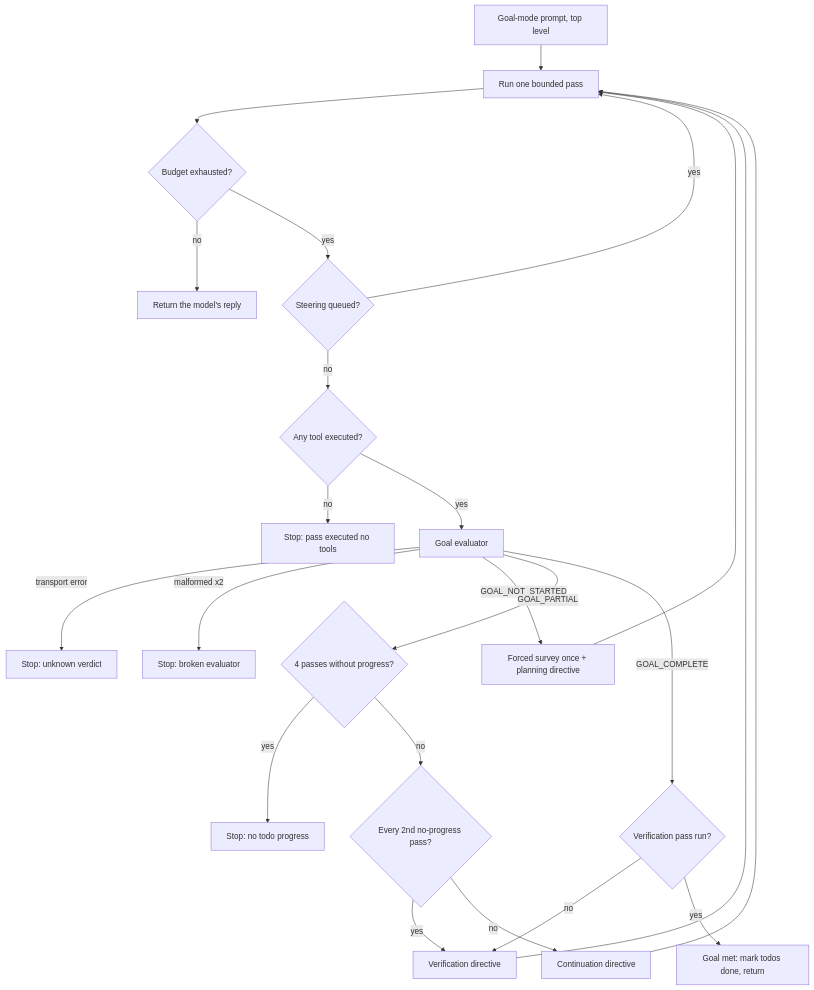
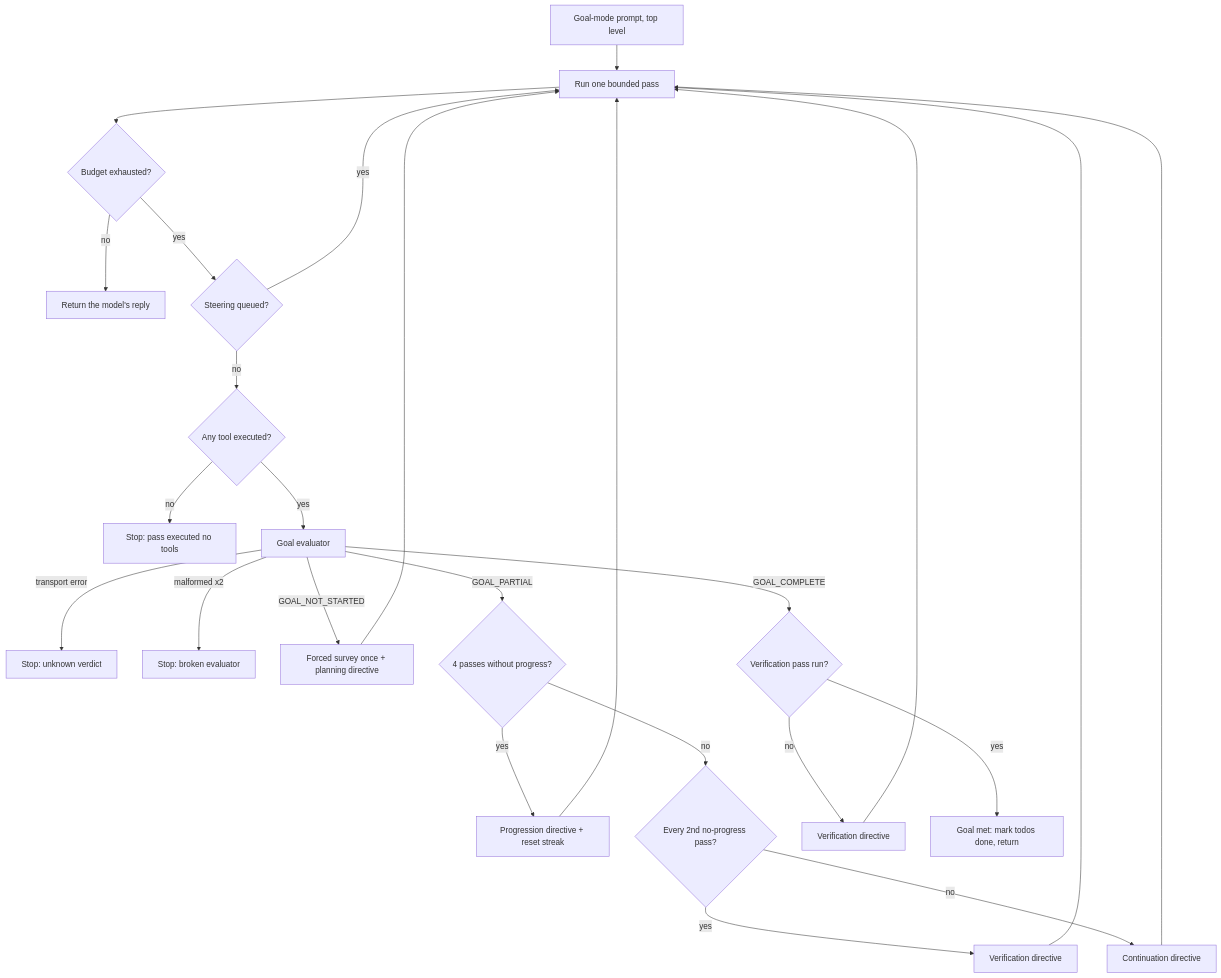
One commit to Vulnetix/belai changed the eighth of 9 diagrams in docs/role-manager.md. Above: the diagram before and after it, drawn with Mermaid. The commit also changed other lines of this file and 2 other files, not shown here.

````diff
--- a/docs/role-manager.md
+++ b/docs/role-manager.md
@@ -725,25 +726,27 @@
 ```mermaid
 flowchart TD
     Start[Goal-mode prompt, top level] --> Pass[Run one bounded pass]
     Pass --> Exhausted{Budget exhausted?}
     Exhausted -->|no| Reply[Return the model's reply]
     Exhausted -->|yes| Steer{Steering queued?}
     Steer -->|yes| Pass
     Steer -->|no| Prod{Any tool executed?}
     Prod -->|no| StopUnproductive[Stop: pass executed no tools]
     Prod -->|yes| Eval[Goal evaluator]
     Eval -->|transport error| StopErr[Stop: unknown verdict]
     Eval -->|malformed x2| StopMalformed[Stop: broken evaluator]
     Eval -->|GOAL_NOT_STARTED| Survey[Forced survey once + planning directive]
     Survey --> Pass
     Eval -->|GOAL_PARTIAL| Stall{4 passes without progress?}
-    Stall -->|yes| StopStall[Stop: no todo progress]
+    Stall -->|yes| Progress[Progression directive + reset streak]
+    Progress --> Pass
     Stall -->|no| Verify{Every 2nd no-progress pass?}
     Verify -->|yes| VerifyPass[Verification directive]
     Verify -->|no| Continue[Continuation directive]
     VerifyPass --> Pass
     Continue --> Pass
     Eval -->|GOAL_COMPLETE| Gate{Verification pass run?}
-    Gate -->|no| VerifyPass
+    Gate -->|no| VerifyGate[Verification directive]
+    VerifyGate --> Pass
     Gate -->|yes| Done[Goal met: mark todos done, return]
 ```
````
